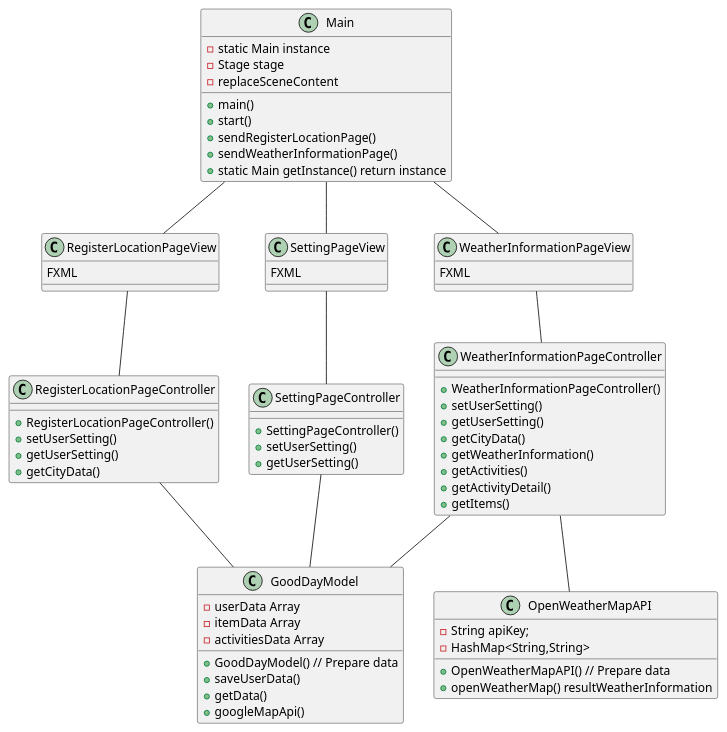
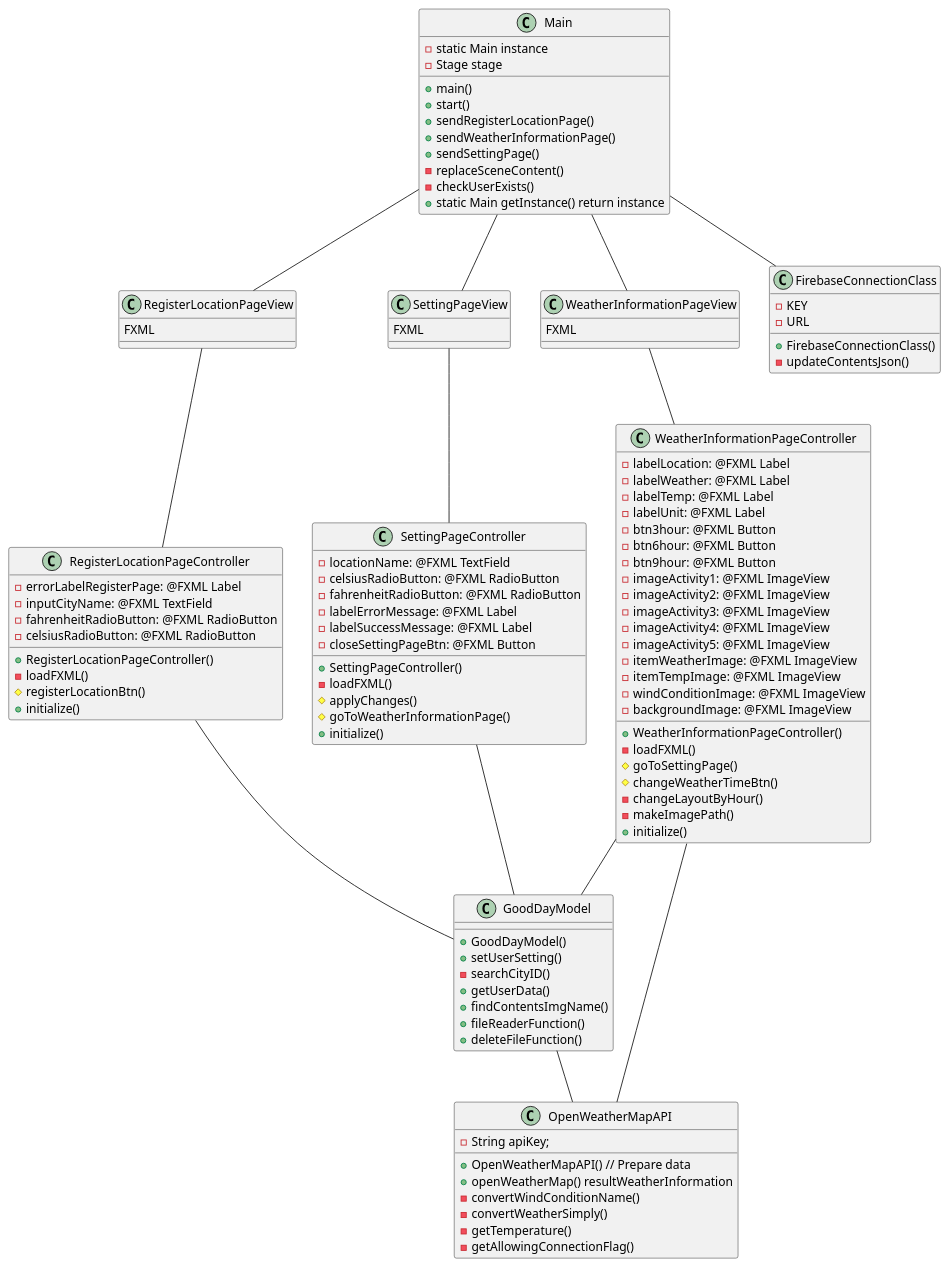
Before and after one commit to mustanghippie/Goodday: the diagram in UML/GoodDay_class_diagram.puml, drawn with PlantUML. The commit also changed 8 other files, not shown here.

```diff
--- a/UML/GoodDay_class_diagram.puml
+++ b/UML/GoodDay_class_diagram.puml
@@ -1,80 +1,120 @@
 @startuml
 
 class Main{
     -static Main instance
     -Stage stage
     +main()
     +start()
     +sendRegisterLocationPage()
     +sendWeatherInformationPage()
-    -replaceSceneContent
+    +sendSettingPage()
+    -replaceSceneContent()
+    -checkUserExists()
     +static Main getInstance() return instance
 
 }
 
 class RegisterLocationPageView{
   FXML
 }
 
 class WeatherInformationPageView{
   FXML
 }
 
 class SettingPageView{
   FXML
 }
 
+class FirebaseConnectionClass{
+  -KEY
+  -URL
+  +FirebaseConnectionClass()
+  -updateContentsJson()
+}
+
 class RegisterLocationPageController{
+  -errorLabelRegisterPage: @FXML Label
+  -inputCityName: @FXML TextField
+  -fahrenheitRadioButton: @FXML RadioButton
+  -celsiusRadioButton: @FXML RadioButton
   +RegisterLocationPageController()
-  +setUserSetting()
-  +getUserSetting()
-  +getCityData()
+  -loadFXML()
+  #registerLocationBtn()
+  +initialize()
 }
 
 class WeatherInformationPageController{
+  -labelLocation: @FXML Label
+  -labelWeather: @FXML Label
+  -labelTemp: @FXML Label
+  -labelUnit: @FXML Label
+  -btn3hour: @FXML Button
+  -btn6hour: @FXML Button
+  -btn9hour: @FXML Button
+  -imageActivity1: @FXML ImageView
+  -imageActivity2: @FXML ImageView
+  -imageActivity3: @FXML ImageView
+  -imageActivity4: @FXML ImageView
+  -imageActivity5: @FXML ImageView
+  -itemWeatherImage: @FXML ImageView
+  -itemTempImage: @FXML ImageView
+  -windConditionImage: @FXML ImageView
+  -backgroundImage: @FXML ImageView
   +WeatherInformationPageController()
-  +setUserSetting()
-  +getUserSetting()
-  +getCityData()
-  +getWeatherInformation()
-  +getActivities()
-  +getActivityDetail()
-  +getItems()
+  -loadFXML()
+  #goToSettingPage()
+  #changeWeatherTimeBtn()
+  -changeLayoutByHour()
+  -makeImagePath()
+  +initialize()
 }
 
 class SettingPageController{
+  -locationName: @FXML TextField
+  -celsiusRadioButton: @FXML RadioButton
+  -fahrenheitRadioButton: @FXML RadioButton
+  -labelErrorMessage: @FXML Label
+  -labelSuccessMessage: @FXML Label
+  -closeSettingPageBtn: @FXML Button
   +SettingPageController()
-  +setUserSetting()
-  +getUserSetting()
-
+  -loadFXML()
+  #applyChanges()
+  #goToWeatherInformationPage()
+  +initialize()
 }
 
 class GoodDayModel{
-  -userData Array
-  -itemData Array
-  -activitiesData Array
-  +GoodDayModel() // Prepare data
-  +saveUserData()
-  +getData()
-  +googleMapApi()
+  +GoodDayModel()
+  +setUserSetting()
+  -searchCityID()
+  +getUserData()
+  +findContentsImgName()
+  +fileReaderFunction()
+  +deleteFileFunction()
 }
 
 class OpenWeatherMapAPI{
   -String apiKey;
-  -HashMap<String,String>
   +OpenWeatherMapAPI() // Prepare data
   +openWeatherMap() resultWeatherInformation
+  -convertWindConditionName()
+  -convertWeatherSimply()
+  -getTemperature()
+  -getAllowingConnectionFlag()
 }
 
 Main -- RegisterLocationPageView
 Main -- WeatherInformationPageView
 Main -- SettingPageView
+Main -- FirebaseConnectionClass
 RegisterLocationPageView -- RegisterLocationPageController
 WeatherInformationPageView -- WeatherInformationPageController
 SettingPageView -- SettingPageController
 SettingPageController -- GoodDayModel
 RegisterLocationPageController -- GoodDayModel
 WeatherInformationPageController -- GoodDayModel
 WeatherInformationPageController -- OpenWeatherMapAPI
+GoodDayModel -- OpenWeatherMapAPI
 
 @enduml
```
